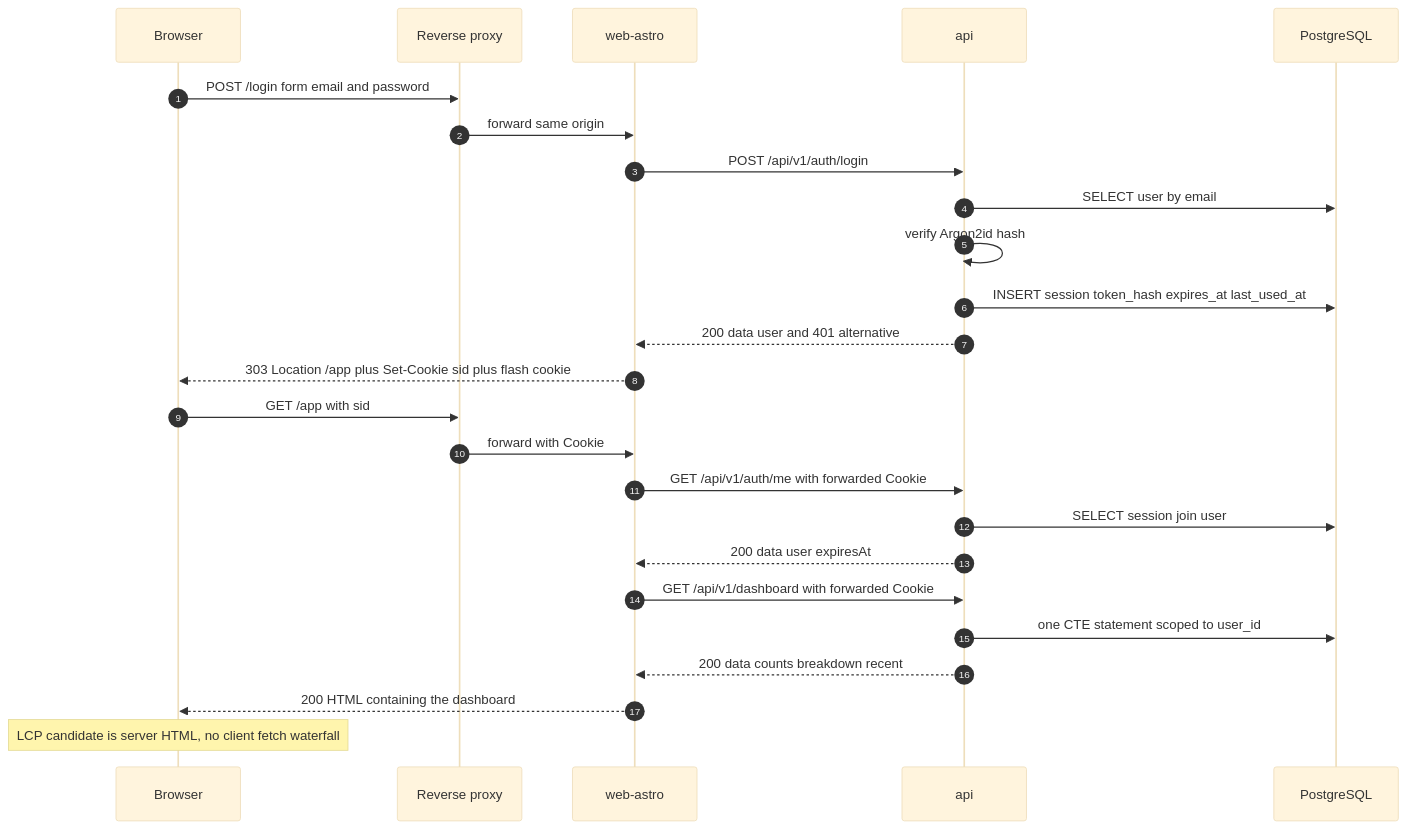
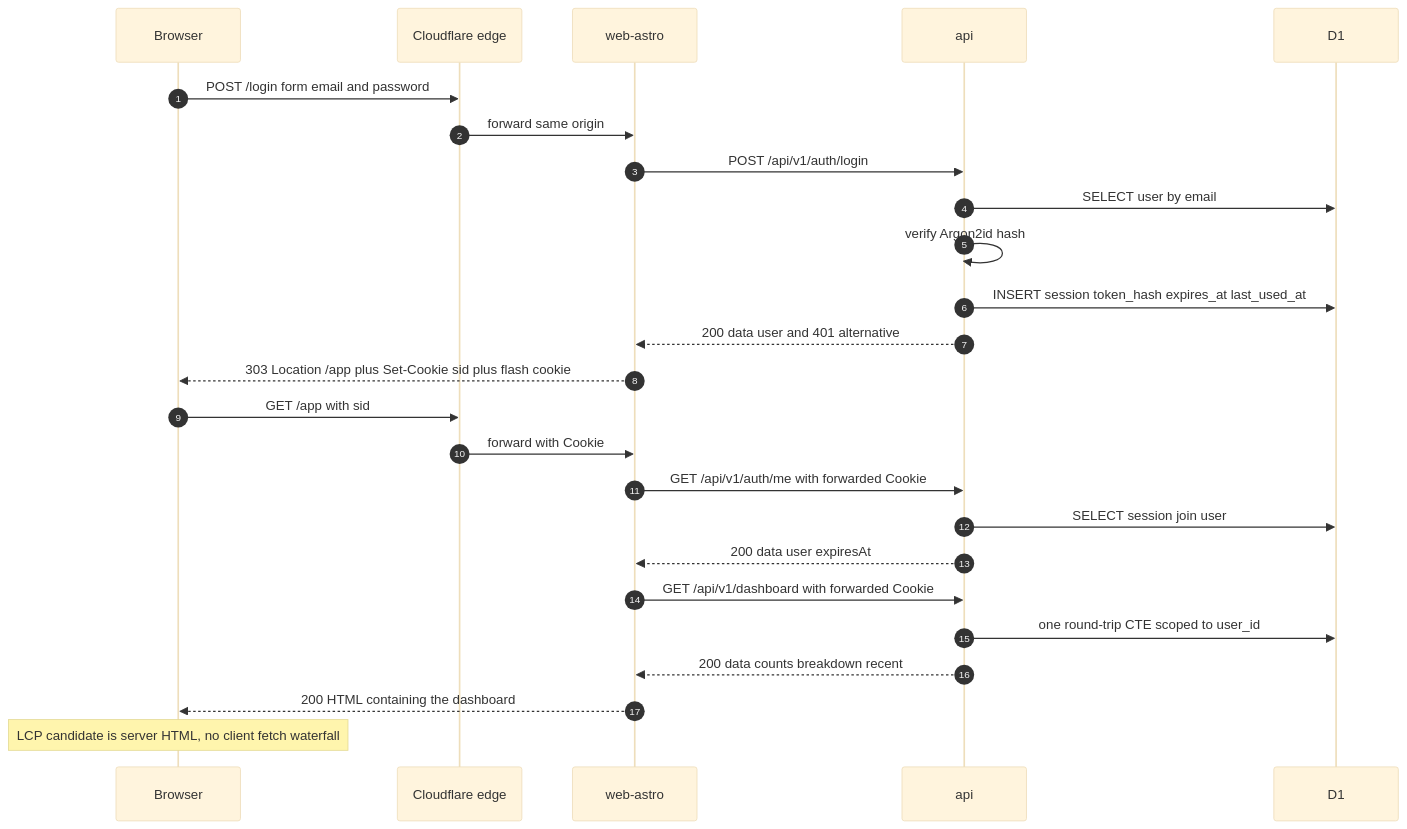
Before and after one commit to mhiqrambg/rweb-task-management: the third of 8 diagrams in .planning/03-system-architecture.md, drawn with Mermaid (base theme). The commit also changed other lines of this file and 18 other files, not shown here.

````diff
--- a/.planning/03-system-architecture.md
+++ b/.planning/03-system-architecture.md
@@ -278,28 +275,28 @@
 ```mermaid
 sequenceDiagram
   autonumber
   participant B as Browser
-  participant P as Reverse proxy
+  participant P as Cloudflare edge
   participant A as web-astro
   participant S as api
-  participant D as PostgreSQL
+  participant D as D1
 
   B->>P: POST /login form email and password
   P->>A: forward same origin
   A->>S: POST /api/v1/auth/login
   S->>D: SELECT user by email
   S->>S: verify Argon2id hash
   S->>D: INSERT session token_hash expires_at last_used_at
   S-->>A: 200 data user and 401 alternative
   A-->>B: 303 Location /app plus Set-Cookie sid plus flash cookie
   B->>P: GET /app with sid
   P->>A: forward with Cookie
   A->>S: GET /api/v1/auth/me with forwarded Cookie
   S->>D: SELECT session join user
   S-->>A: 200 data user expiresAt
   A->>S: GET /api/v1/dashboard with forwarded Cookie
-  S->>D: one CTE statement scoped to user_id
+  S->>D: one round-trip CTE scoped to user_id
   S-->>A: 200 data counts breakdown recent
   A-->>B: 200 HTML containing the dashboard
   Note over B: LCP candidate is server HTML, no client fetch waterfall
 ```
````
